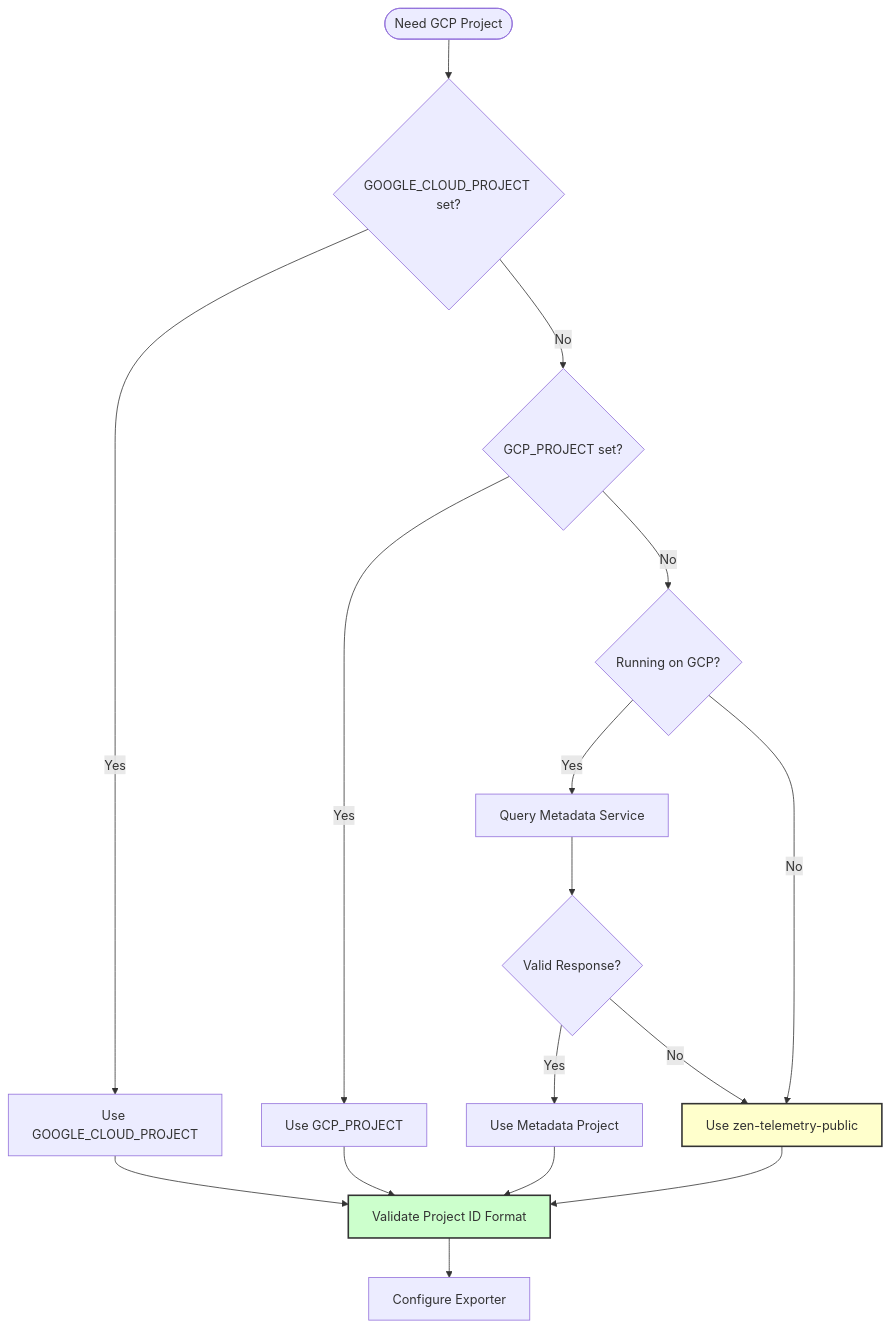
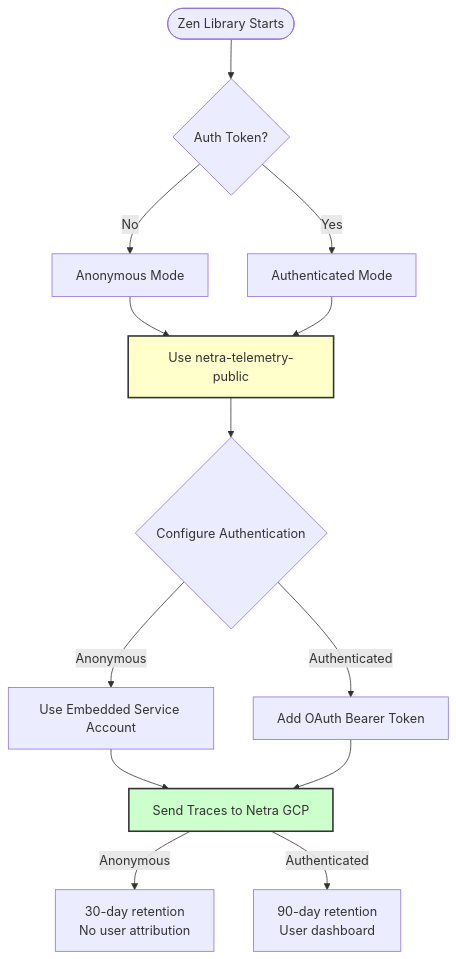
Before and after one commit to netra-systems/zen: the sixth of 14 diagrams in opentelemetry_implementation_plan.md, drawn with Mermaid. The commit also changed other lines of this file, not shown here.

````diff
--- a/opentelemetry_implementation_plan.md
+++ b/opentelemetry_implementation_plan.md
@@ -636,26 +761,24 @@
 ```mermaid
 flowchart TD
-    Start([Need GCP Project]) --> Env1{GOOGLE_CLOUD_PROJECT set?}
-    Env1 -->|Yes| Use1[Use GOOGLE_CLOUD_PROJECT]
-    Env1 -->|No| Env2{GCP_PROJECT set?}
+    Start([Zen Library Starts]) --> CheckAuth{Auth Token?}
 
-    Env2 -->|Yes| Use2[Use GCP_PROJECT]
-    Env2 -->|No| Meta{Running on GCP?}
+    CheckAuth -->|No| Anonymous[Anonymous Mode]
+    CheckAuth -->|Yes| Authenticated[Authenticated Mode]
 
-    Meta -->|Yes| Metadata[Query Metadata Service]
-    Meta -->|No| Fallback[Use zen-telemetry-public]
+    Anonymous --> UsePublic[Use netra-telemetry-public]
+    Authenticated --> UsePublic
 
-    Metadata --> Valid{Valid Response?}
-    Valid -->|Yes| UseMetadata[Use Metadata Project]
-    Valid -->|No| Fallback
+    UsePublic --> ConfigureAuth{Configure Authentication}
 
-    Use1 --> Validate[Validate Project ID Format]
-    Use2 --> Validate
-    UseMetadata --> Validate
-    Fallback --> Validate
+    ConfigureAuth -->|Anonymous| EmbeddedSA[Use Embedded Service Account]
+    ConfigureAuth -->|Authenticated| OAuthHeader[Add OAuth Bearer Token]
 
-    Validate --> Final[Configure Exporter]
+    EmbeddedSA --> SendTraces[Send Traces to Netra GCP]
+    OAuthHeader --> SendTraces
 
-    style Fallback fill:#ffc,stroke:#333,stroke-width:2px
-    style Validate fill:#cfc,stroke:#333,stroke-width:2px
+    SendTraces -->|Anonymous| AnonStorage[30-day retention<br/>No user attribution]
+    SendTraces -->|Authenticated| UserStorage[90-day retention<br/>User dashboard]
+
+    style UsePublic fill:#ffc,stroke:#333,stroke-width:2px
+    style SendTraces fill:#cfc,stroke:#333,stroke-width:2px
 ```
````
